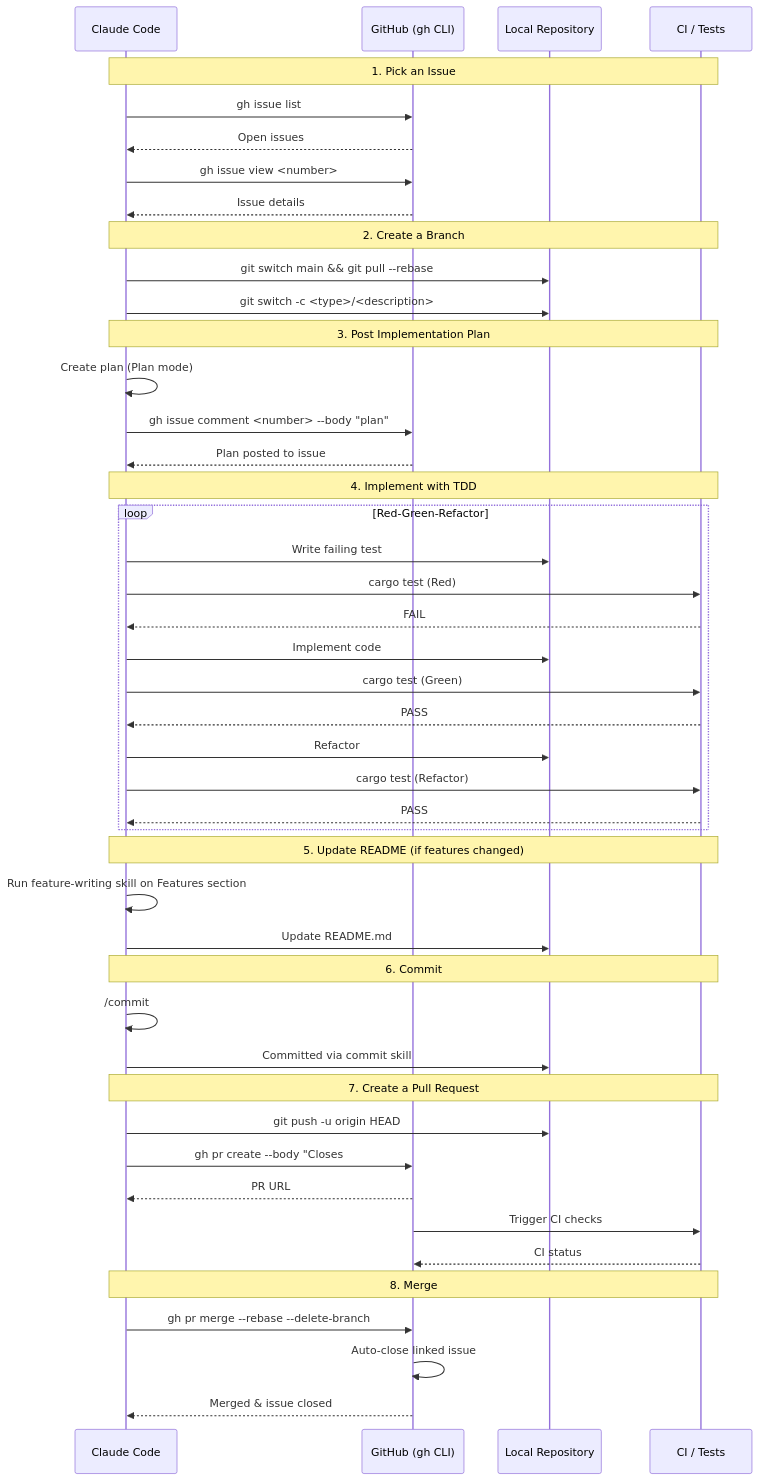
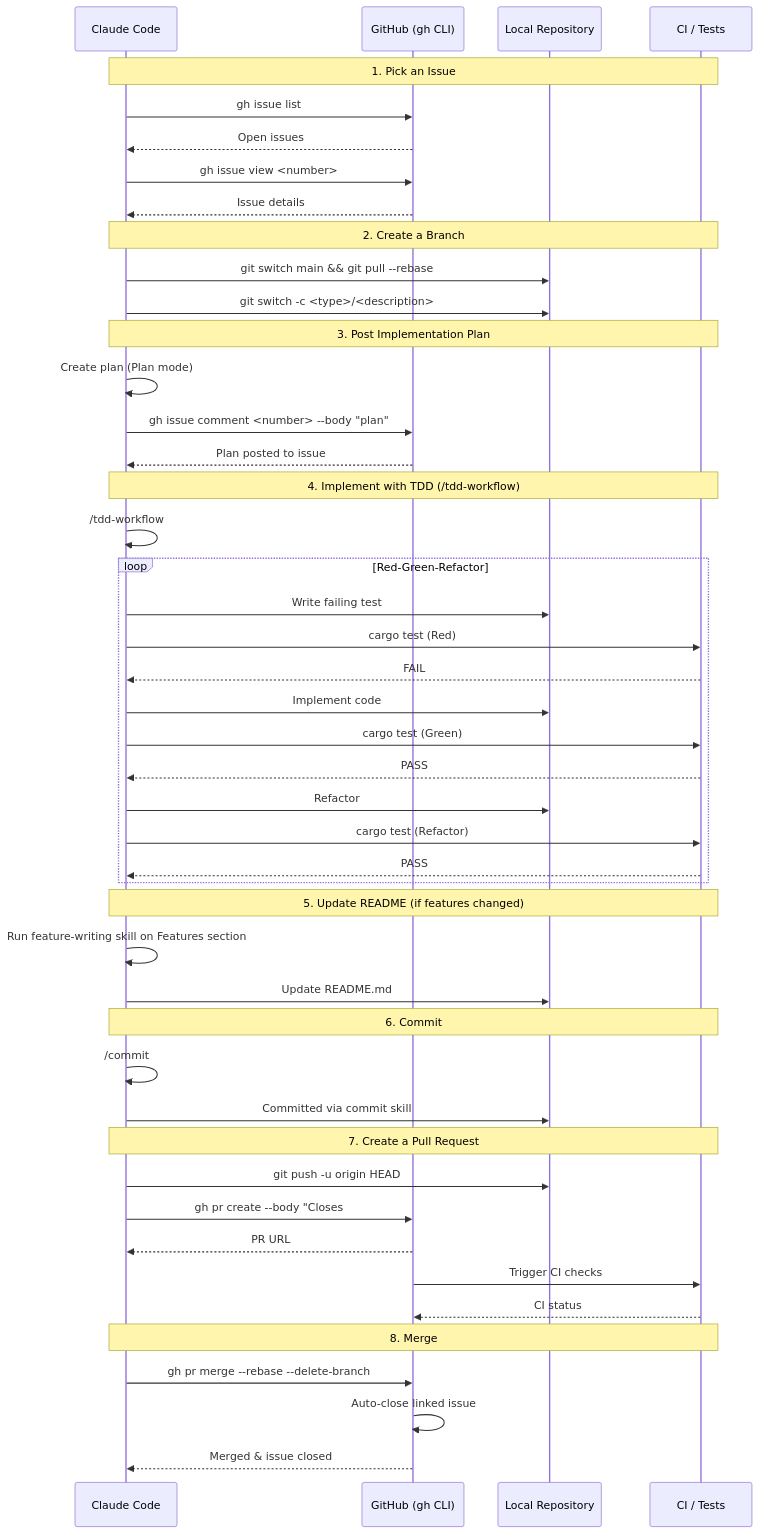
One commit to sotayamashita/todo-scan changed the diagram in docs/DEVELOPMENT_WORKFLOW.md. Above: the diagram before and after it, drawn with Mermaid. The commit also changed other lines of this file and 2 other files, not shown here.

First line of the commit message:
chore(workflow): add Claude Code commands and enforce /tdd-workflow (#17)

````diff
--- a/docs/DEVELOPMENT_WORKFLOW.md
+++ b/docs/DEVELOPMENT_WORKFLOW.md
@@ -7,55 +7,56 @@
 ```mermaid
 sequenceDiagram
     participant Dev as Claude Code
     participant GH as GitHub (gh CLI)
     participant Repo as Local Repository
     participant CI as CI / Tests
 
     Note over Dev,CI: 1. Pick an Issue
     Dev->>GH: gh issue list
     GH-->>Dev: Open issues
     Dev->>GH: gh issue view <number>
     GH-->>Dev: Issue details
 
     Note over Dev,CI: 2. Create a Branch
     Dev->>Repo: git switch main && git pull --rebase
     Dev->>Repo: git switch -c <type>/<description>
 
     Note over Dev,CI: 3. Post Implementation Plan
     Dev->>Dev: Create plan (Plan mode)
     Dev->>GH: gh issue comment <number> --body "plan"
     GH-->>Dev: Plan posted to issue
 
-    Note over Dev,CI: 4. Implement with TDD
+    Note over Dev,CI: 4. Implement with TDD (/tdd-workflow)
+    Dev->>Dev: /tdd-workflow
     loop Red-Green-Refactor
         Dev->>Repo: Write failing test
         Dev->>CI: cargo test (Red)
         CI-->>Dev: FAIL
         Dev->>Repo: Implement code
         Dev->>CI: cargo test (Green)
         CI-->>Dev: PASS
         Dev->>Repo: Refactor
         Dev->>CI: cargo test (Refactor)
         CI-->>Dev: PASS
     end
 
     Note over Dev,CI: 5. Update README (if features changed)
     Dev->>Dev: Run feature-writing skill on Features section
     Dev->>Repo: Update README.md
 
     Note over Dev,CI: 6. Commit
     Dev->>Dev: /commit
     Dev->>Repo: Committed via commit skill
 
     Note over Dev,CI: 7. Create a Pull Request
     Dev->>Repo: git push -u origin HEAD
     Dev->>GH: gh pr create --body "Closes #N"
     GH-->>Dev: PR URL
     GH->>CI: Trigger CI checks
     CI-->>GH: CI status
 
     Note over Dev,CI: 8. Merge
     Dev->>GH: gh pr merge --rebase --delete-branch
     GH->>GH: Auto-close linked issue
     GH-->>Dev: Merged & issue closed
 ```
````
